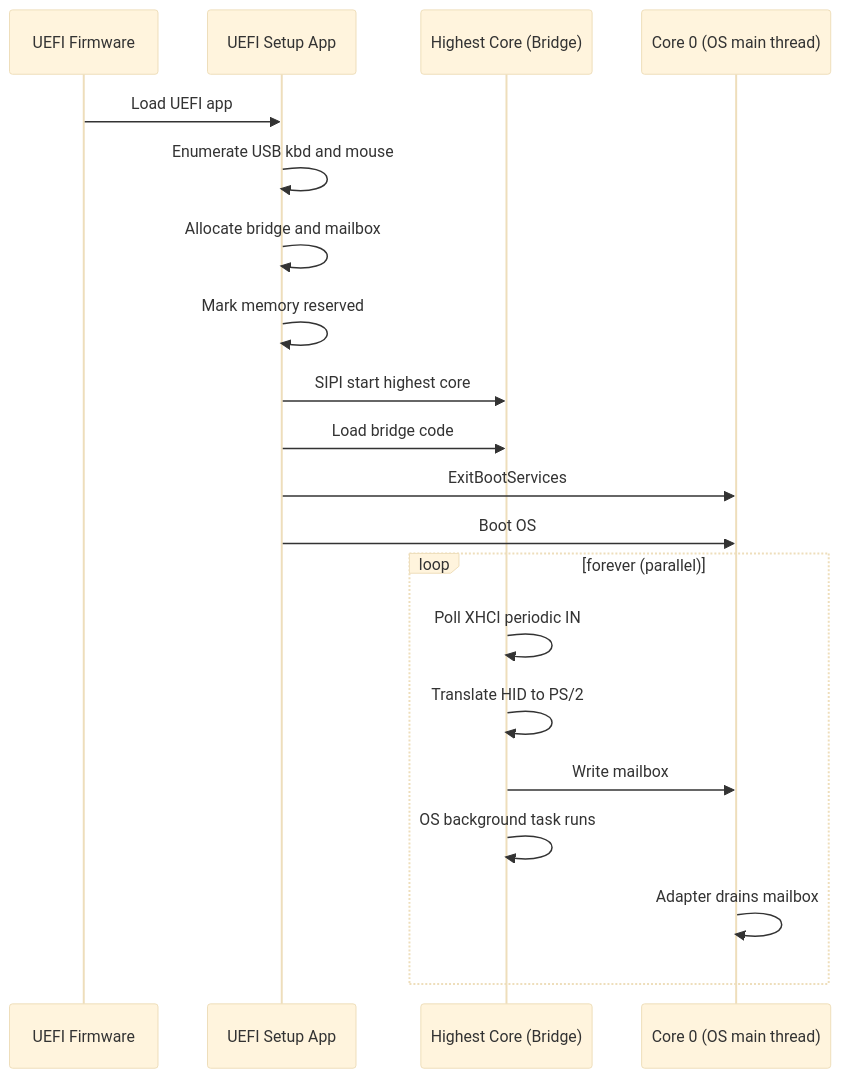
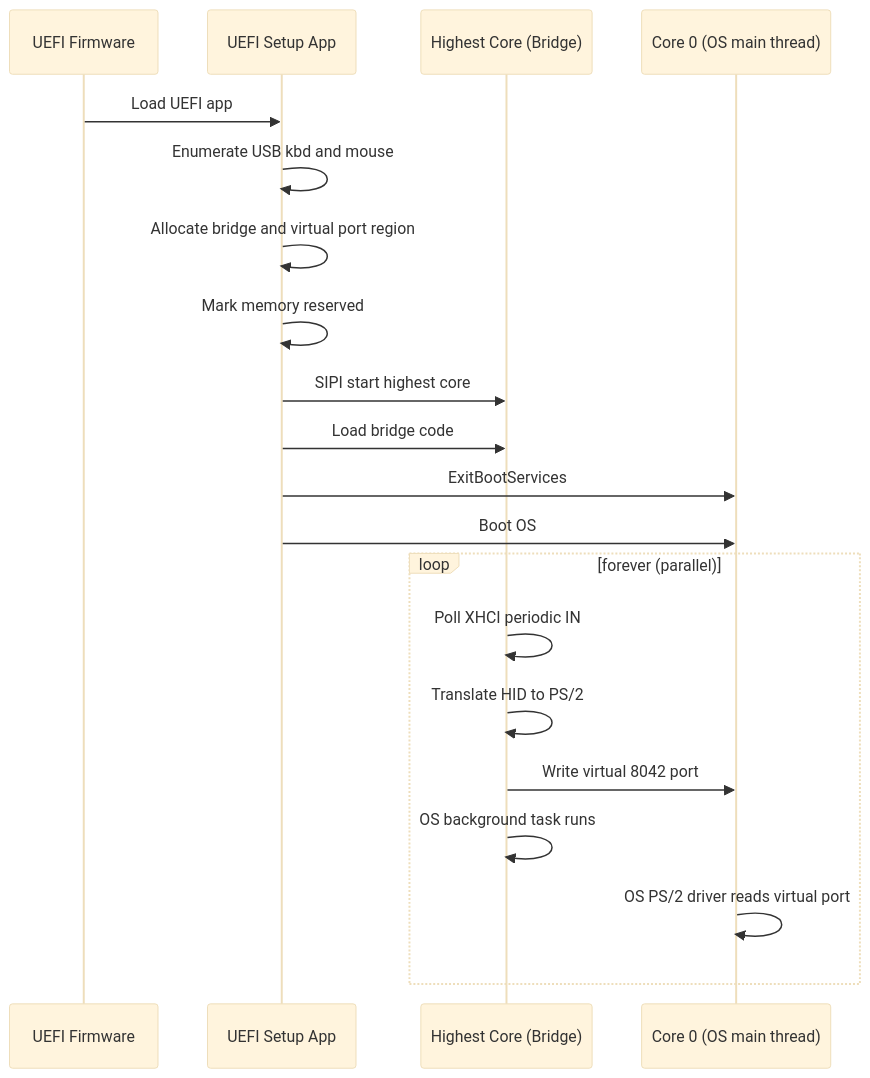
One commit to matjp/USB-Serial-Bridge changed the second of 2 diagrams in docs/architecture.md. Above: the diagram before and after it, drawn with Mermaid (base theme). The commit also changed other lines of this file and 1 other file, not shown here.

Commit message:
Update docs to reflect virtual 8042 port design (replace mailbox ABI)

````diff
--- a/docs/architecture.md
+++ b/docs/architecture.md
@@ -327,22 +340,22 @@
 ```mermaid
 sequenceDiagram
     participant FW as UEFI Firmware
     participant APP as UEFI Setup App
     participant CN as Highest Core (Bridge)
     participant C0 as Core 0 (OS main thread)
     FW->>APP: Load UEFI app
     APP->>APP: Enumerate USB kbd and mouse
-    APP->>APP: Allocate bridge and mailbox
+    APP->>APP: Allocate bridge and virtual port region
     APP->>APP: Mark memory reserved
     APP->>CN: SIPI start highest core
     APP->>CN: Load bridge code
     APP->>C0: ExitBootServices
     APP->>C0: Boot OS
     loop forever (parallel)
         CN->>CN: Poll XHCI periodic IN
         CN->>CN: Translate HID to PS/2
-        CN->>C0: Write mailbox
+        CN->>C0: Write virtual 8042 port
         CN->>CN: OS background task runs
-        C0->>C0: Adapter drains mailbox
+        C0->>C0: OS PS/2 driver reads virtual port
     end
 ```
````
